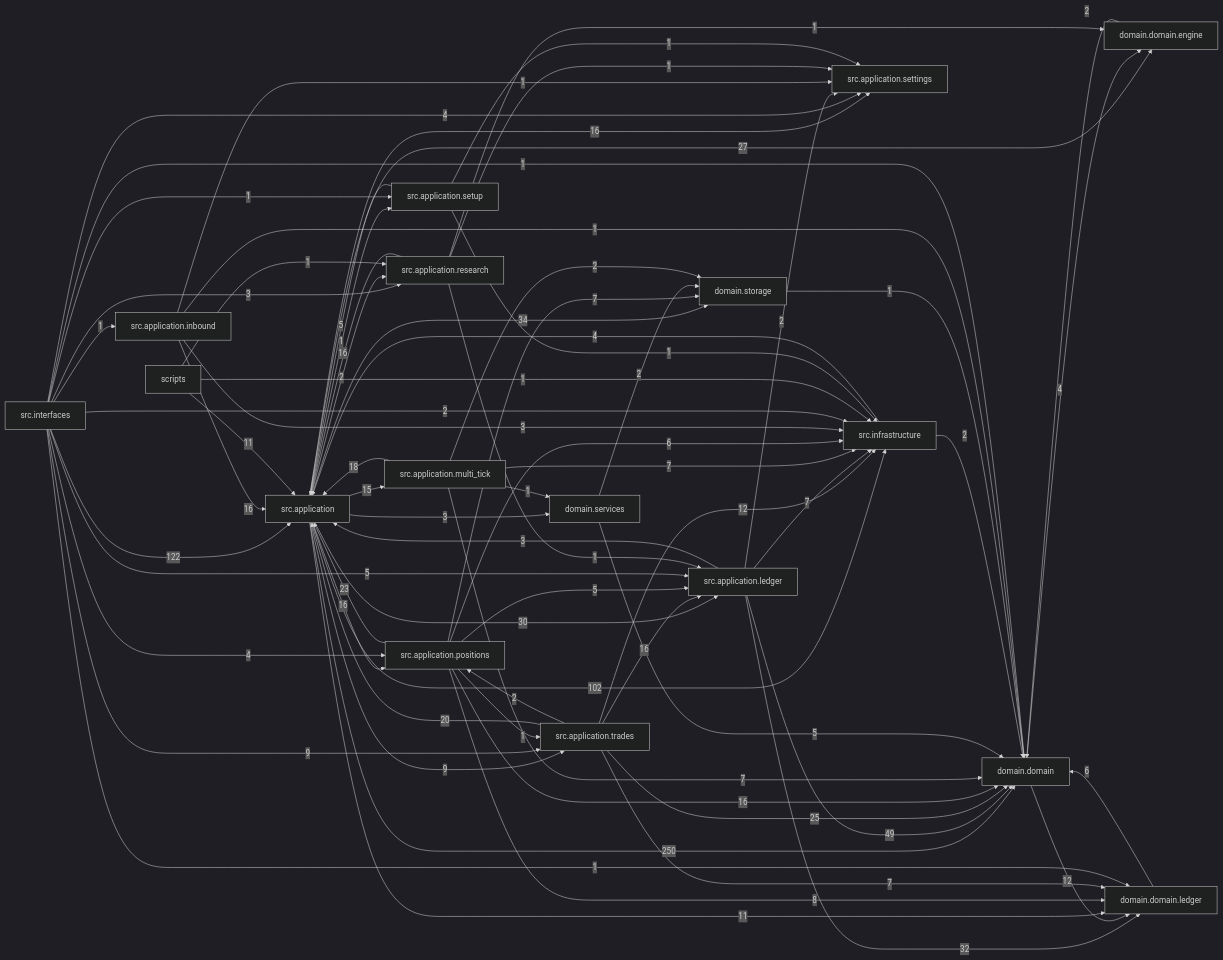
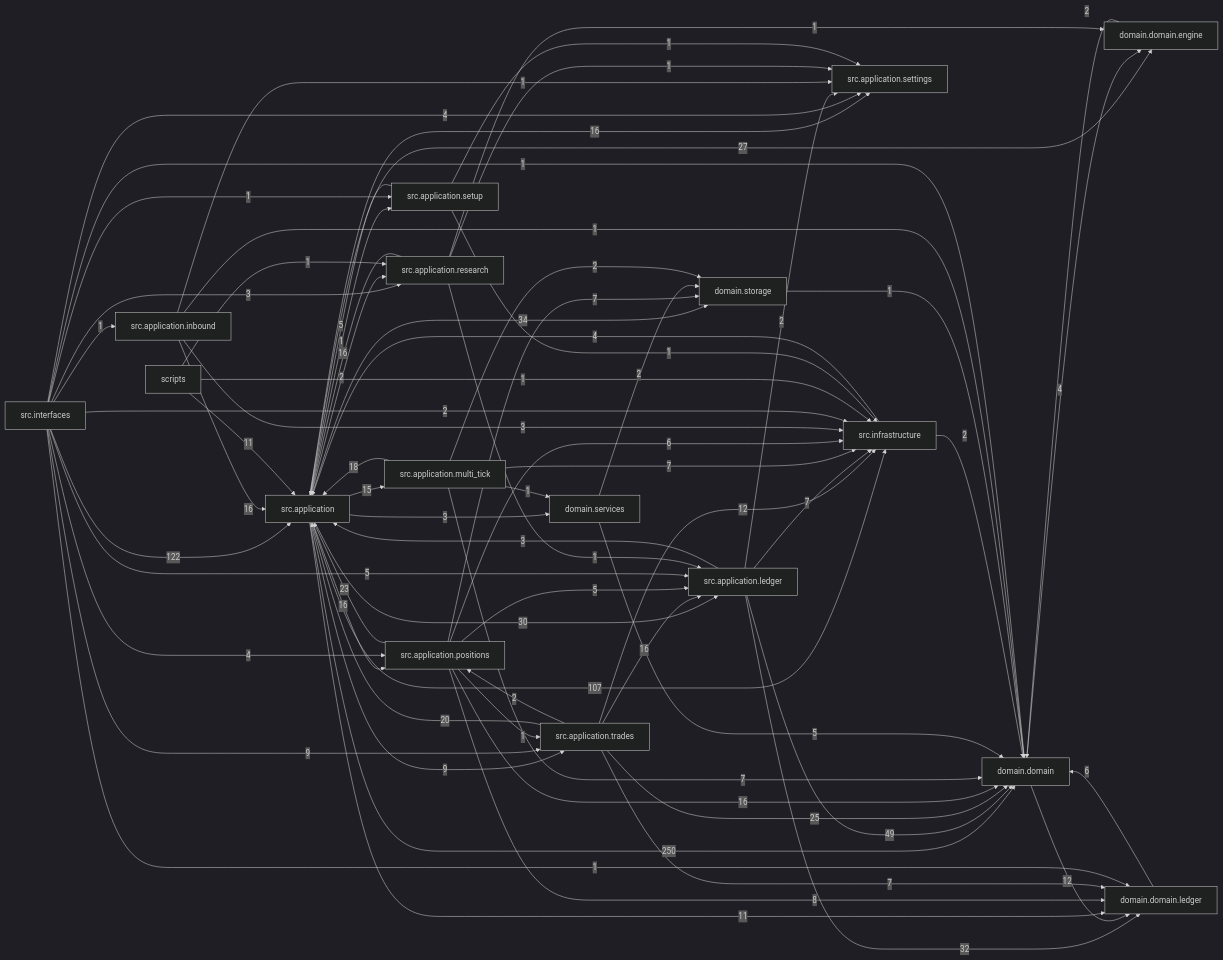
Before and after one commit to liuxie066/options-monitor: the diagram in docs/dependency_graph.mmd, drawn with Mermaid (dark theme). The commit also changed 18 other files, not shown here.

```diff
--- a/docs/dependency_graph.mmd
+++ b/docs/dependency_graph.mmd
@@ -1,71 +1,71 @@
 flowchart LR
   src_application["src.application"] -->|250| domain_domain["domain.domain"]
   src_interfaces["src.interfaces"] -->|122| src_application["src.application"]
-  src_application["src.application"] -->|102| src_infrastructure["src.infrastructure"]
+  src_application["src.application"] -->|107| src_infrastructure["src.infrastructure"]
   src_application_ledger["src.application.ledger"] -->|49| domain_domain["domain.domain"]
   src_application["src.application"] -->|34| domain_storage["domain.storage"]
   src_application_ledger["src.application.ledger"] -->|32| domain_domain_ledger["domain.domain.ledger"]
   src_application["src.application"] -->|30| src_application_ledger["src.application.ledger"]
   src_application["src.application"] -->|27| domain_domain_engine["domain.domain.engine"]
   src_application_trades["src.application.trades"] -->|25| domain_domain["domain.domain"]
   src_application_positions["src.application.positions"] -->|23| src_application["src.application"]
   src_application_trades["src.application.trades"] -->|20| src_application["src.application"]
   src_application_multi_tick["src.application.multi_tick"] -->|18| src_application["src.application"]
   src_application["src.application"] -->|16| src_application_positions["src.application.positions"]
   src_application["src.application"] -->|16| src_application_settings["src.application.settings"]
   src_application_inbound["src.application.inbound"] -->|16| src_application["src.application"]
   src_application_positions["src.application.positions"] -->|16| domain_domain["domain.domain"]
   src_application_research["src.application.research"] -->|16| src_application["src.application"]
   src_application_trades["src.application.trades"] -->|16| src_application_ledger["src.application.ledger"]
   src_application["src.application"] -->|15| src_application_multi_tick["src.application.multi_tick"]
   domain_domain["domain.domain"] -->|12| domain_domain_ledger["domain.domain.ledger"]
   src_application_trades["src.application.trades"] -->|12| src_infrastructure["src.infrastructure"]
   scripts["scripts"] -->|11| src_application["src.application"]
   src_application["src.application"] -->|11| domain_domain_ledger["domain.domain.ledger"]
   src_application["src.application"] -->|9| src_application_trades["src.application.trades"]
   src_interfaces["src.interfaces"] -->|9| src_application_trades["src.application.trades"]
   src_application_positions["src.application.positions"] -->|8| domain_domain_ledger["domain.domain.ledger"]
   src_application_ledger["src.application.ledger"] -->|7| src_infrastructure["src.infrastructure"]
   src_application_multi_tick["src.application.multi_tick"] -->|7| domain_domain["domain.domain"]
   src_application_multi_tick["src.application.multi_tick"] -->|7| src_infrastructure["src.infrastructure"]
   src_application_positions["src.application.positions"] -->|7| domain_storage["domain.storage"]
   src_application_trades["src.application.trades"] -->|7| domain_domain_ledger["domain.domain.ledger"]
   domain_domain_ledger["domain.domain.ledger"] -->|6| domain_domain["domain.domain"]
   src_application_positions["src.application.positions"] -->|6| src_infrastructure["src.infrastructure"]
   domain_services["domain.services"] -->|5| domain_domain["domain.domain"]
   src_application_positions["src.application.positions"] -->|5| src_application_ledger["src.application.ledger"]
   src_application_setup["src.application.setup"] -->|5| src_application["src.application"]
   src_interfaces["src.interfaces"] -->|5| src_application_ledger["src.application.ledger"]
   domain_domain["domain.domain"] -->|4| domain_domain_engine["domain.domain.engine"]
   src_infrastructure["src.infrastructure"] -->|4| src_application["src.application"]
   src_interfaces["src.interfaces"] -->|4| src_application_positions["src.application.positions"]
   src_interfaces["src.interfaces"] -->|4| src_application_settings["src.application.settings"]
   src_application["src.application"] -->|3| domain_services["domain.services"]
   src_application_inbound["src.application.inbound"] -->|3| src_infrastructure["src.infrastructure"]
   src_application_ledger["src.application.ledger"] -->|3| src_application["src.application"]
   src_interfaces["src.interfaces"] -->|3| src_application_research["src.application.research"]
   domain_domain_engine["domain.domain.engine"] -->|2| domain_domain["domain.domain"]
   domain_services["domain.services"] -->|2| domain_storage["domain.storage"]
   src_application["src.application"] -->|2| src_application_research["src.application.research"]
   src_application_ledger["src.application.ledger"] -->|2| src_application_settings["src.application.settings"]
   src_application_multi_tick["src.application.multi_tick"] -->|2| domain_storage["domain.storage"]
   src_application_trades["src.application.trades"] -->|2| src_application_positions["src.application.positions"]
   src_infrastructure["src.infrastructure"] -->|2| domain_domain["domain.domain"]
   src_interfaces["src.interfaces"] -->|2| src_infrastructure["src.infrastructure"]
   domain_storage["domain.storage"] -->|1| domain_domain["domain.domain"]
   scripts["scripts"] -->|1| src_application_research["src.application.research"]
   scripts["scripts"] -->|1| src_infrastructure["src.infrastructure"]
   src_application["src.application"] -->|1| src_application_setup["src.application.setup"]
   src_application_inbound["src.application.inbound"] -->|1| domain_domain["domain.domain"]
   src_application_inbound["src.application.inbound"] -->|1| src_application_settings["src.application.settings"]
   src_application_multi_tick["src.application.multi_tick"] -->|1| domain_services["domain.services"]
   src_application_positions["src.application.positions"] -->|1| src_application_trades["src.application.trades"]
   src_application_research["src.application.research"] -->|1| domain_domain_engine["domain.domain.engine"]
   src_application_research["src.application.research"] -->|1| src_application_ledger["src.application.ledger"]
   src_application_research["src.application.research"] -->|1| src_application_settings["src.application.settings"]
   src_application_setup["src.application.setup"] -->|1| src_application_settings["src.application.settings"]
   src_application_setup["src.application.setup"] -->|1| src_infrastructure["src.infrastructure"]
   src_interfaces["src.interfaces"] -->|1| domain_domain["domain.domain"]
   src_interfaces["src.interfaces"] -->|1| domain_domain_ledger["domain.domain.ledger"]
   src_interfaces["src.interfaces"] -->|1| src_application_inbound["src.application.inbound"]
   src_interfaces["src.interfaces"] -->|1| src_application_setup["src.application.setup"]
```
